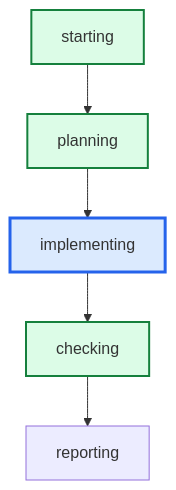
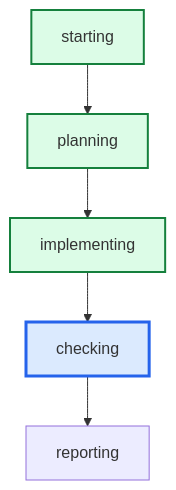
One commit to daniell0gda/hermes-feature-check-dashboard changed the diagram in runs/issue116-game-ready-blocks-map-load-r1/graph.mmd. Above: the diagram before and after it, drawn with Mermaid. The commit also changed 23 other files, not shown here.

```diff
--- a/runs/issue116-game-ready-blocks-map-load-r1/graph.mmd
+++ b/runs/issue116-game-ready-blocks-map-load-r1/graph.mmd
@@ -1,13 +1,13 @@
 graph TD
     starting --> planning
     planning --> implementing
     implementing --> checking
     checking --> reporting
 
 classDef done fill:#dcfce7,stroke:#15803d,stroke-width:2px;
 classDef active fill:#dbeafe,stroke:#2563eb,stroke-width:3px;
 classDef failed fill:#fee2e2,stroke:#b42318,stroke-width:2px;
 class planning done;
-class implementing active;
-class checking done;
+class implementing done;
+class checking active;
 class starting done;
```
